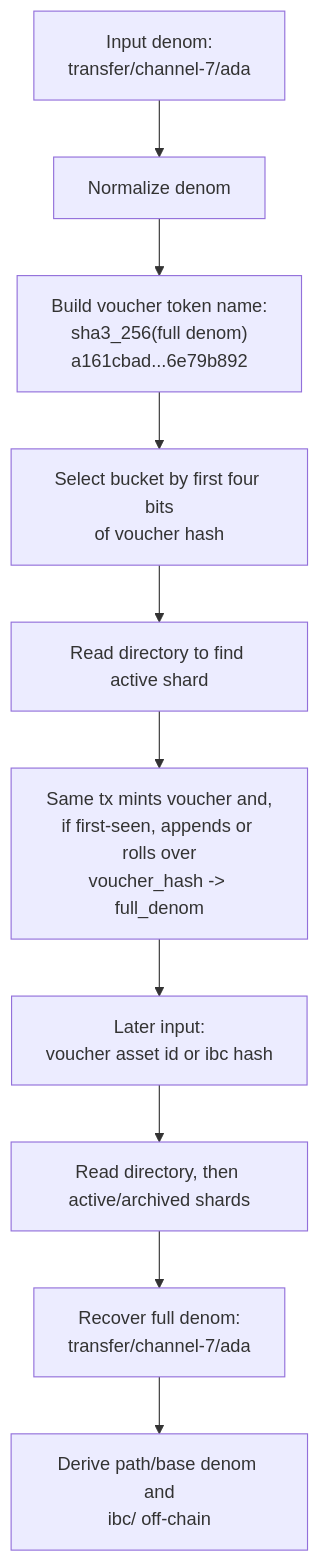
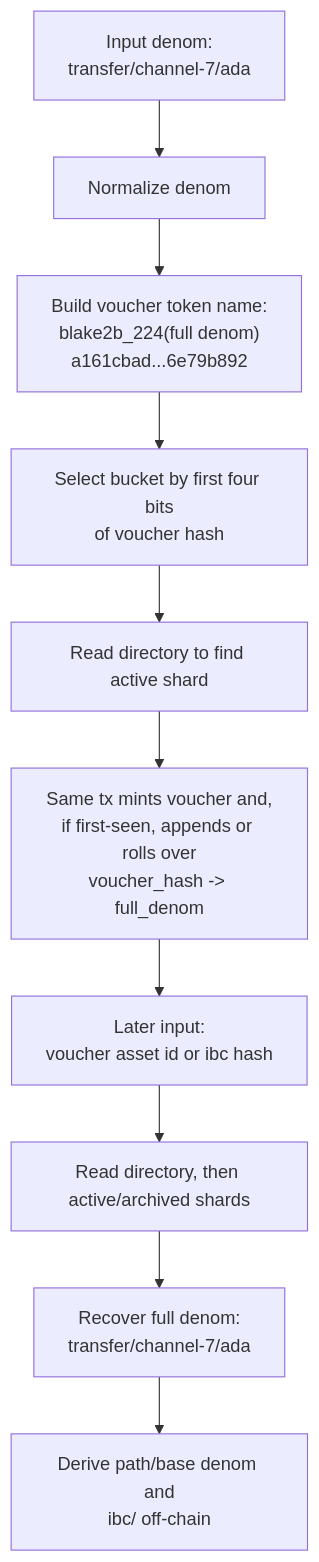
One commit to cardano-foundation/cardano-ibc-incubator changed the diagram in docs/denom-trace-mapping.md. Above: the diagram before and after it, drawn with Mermaid. The commit also changed other lines of this file and 16 other files, not shown here.

````diff
--- a/docs/denom-trace-mapping.md
+++ b/docs/denom-trace-mapping.md
@@ -12,12 +12,12 @@
 ```mermaid
 flowchart TB
   A["Input denom:<br/>transfer/channel-7/ada"] --> B["Normalize denom"]
-  B --> C["Build voucher token name:<br/>sha3_256(full denom)<br/>a161cbad...6e79b892"]
+  B --> C["Build voucher token name:<br/>blake2b_224(full denom)<br/>a161cbad...6e79b892"]
   C --> D["Select bucket by first four bits<br/>of voucher hash"]
   D --> E["Read directory to find active shard"]
   E --> F["Same tx mints voucher and,<br/>if first-seen, appends or rolls over<br/>voucher_hash -> full_denom"]
   F --> G["Later input:<br/>voucher asset id or ibc hash"]
   G --> H["Read directory, then active/archived shards"]
   H --> I["Recover full denom:<br/>transfer/channel-7/ada"]
   I --> J["Derive path/base denom and<br/>ibc/<hash> off-chain"]
 ```
````
